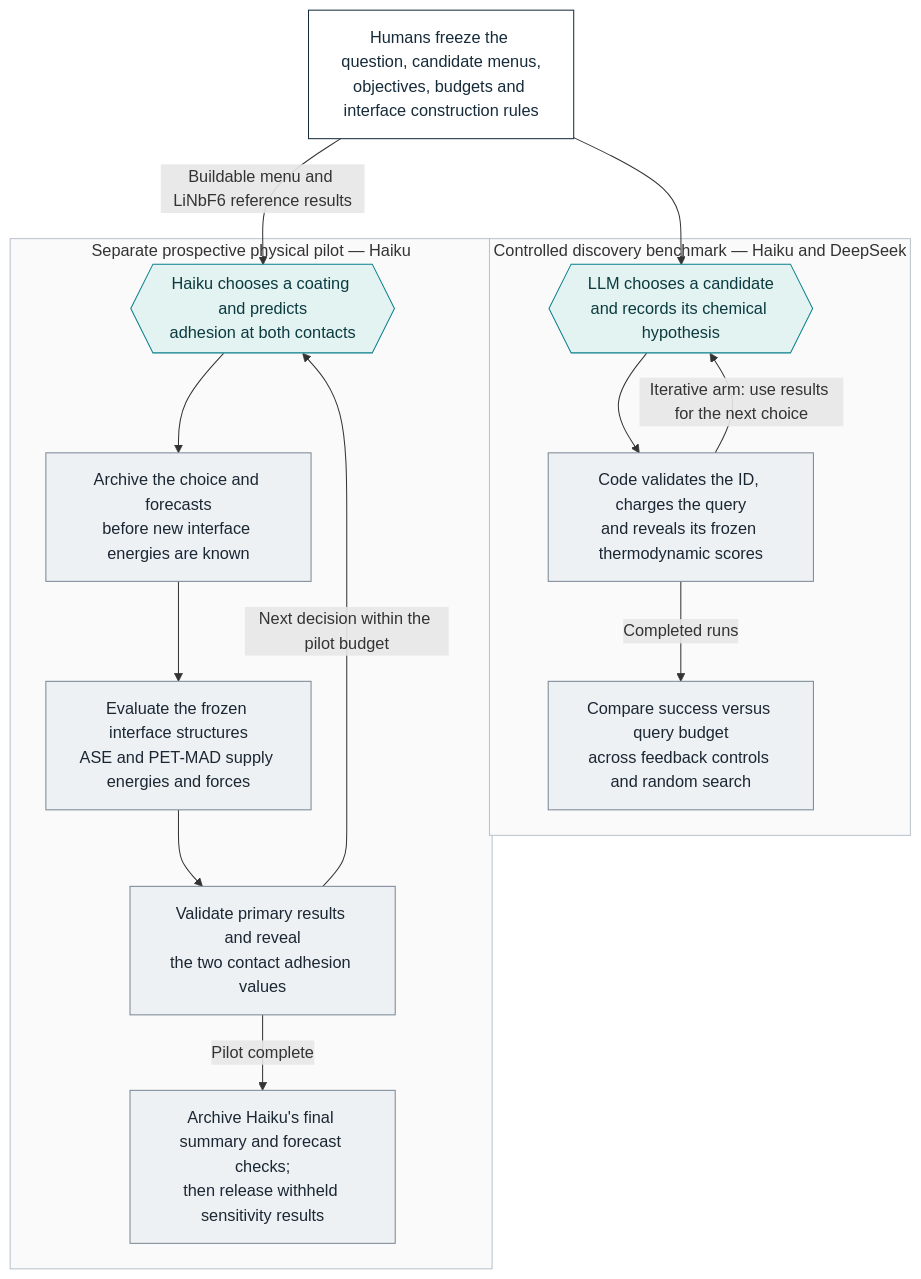
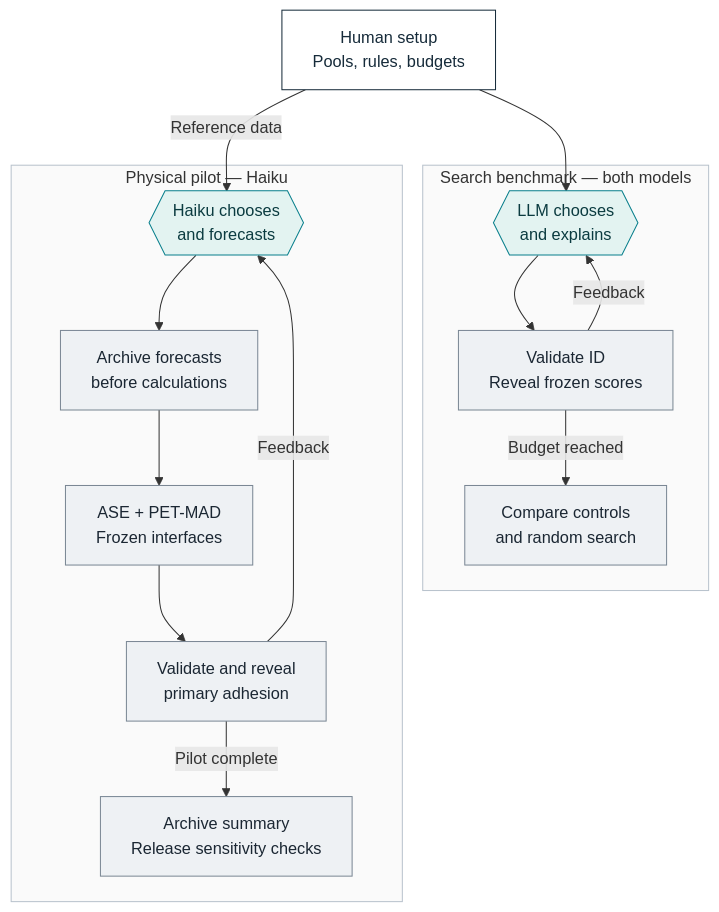
The first of 2 diagrams in README.md (DavideTisi/interphAIse), drawn with Mermaid before and after one commit.

Commit message:
Shorten diagram labels for readable GitHub rendering

````diff
--- a/README.md
+++ b/README.md
@@ -28,36 +28,36 @@
 ```mermaid
 flowchart TB
-    H["Humans freeze the question, candidate menus,<br/>objectives, budgets and interface construction rules"]
+    H["Human setup<br/>Pools, rules, budgets"]
 
-    subgraph B["Controlled discovery benchmark — Haiku and DeepSeek"]
-        L{{"LLM chooses a candidate<br/>and records its chemical hypothesis"}}
-        Q["Code validates the ID, charges the query<br/>and reveals its frozen thermodynamic scores"]
-        A["Compare success versus query budget<br/>across feedback controls and random search"]
+    subgraph B["Search benchmark — both models"]
+        L{{"LLM chooses<br/>and explains"}}
+        Q["Validate ID<br/>Reveal frozen scores"]
+        A["Compare controls<br/>and random search"]
         L --> Q
-        Q -- "Iterative arm: use results for the next choice" --> L
-        Q -- "Completed runs" --> A
+        Q -- "Feedback" --> L
+        Q -- "Budget reached" --> A
     end
 
-    subgraph P["Separate prospective physical pilot — Haiku"]
-        C{{"Haiku chooses a coating and predicts<br/>adhesion at both contacts"}}
-        D["Archive the choice and forecasts<br/>before new interface energies are known"]
-        M["Evaluate the frozen interface structures<br/>ASE and PET-MAD supply energies and forces"]
-        V["Validate primary results and reveal<br/>the two contact adhesion values"]
-        F["Archive Haiku's final summary and forecast checks;<br/>then release withheld sensitivity results"]
+    subgraph P["Physical pilot — Haiku"]
+        C{{"Haiku chooses<br/>and forecasts"}}
+        D["Archive forecasts<br/>before calculations"]
+        M["ASE + PET-MAD<br/>Frozen interfaces"]
+        V["Validate and reveal<br/>primary adhesion"]
+        F["Archive summary<br/>Release sensitivity checks"]
         C --> D --> M --> V
-        V -- "Next decision within the pilot budget" --> C
+        V -- "Feedback" --> C
         V -- "Pilot complete" --> F
     end
 
     H --> L
-    H -- "Buildable menu and LiNbF6 reference results" --> C
+    H -- "Reference data" --> C
 
     classDef llm fill:#e3f3f1,stroke:#087f8c,color:#0b3b40
     classDef tools fill:#eef1f4,stroke:#7a8794,color:#1b2733
     classDef human fill:#ffffff,stroke:#162b3a,color:#162b3a
     class L,C llm
     class Q,A,D,M,V,F tools
     class H human
     style B fill:#fafafa,stroke:#b8c2cc
     style P fill:#fafafa,stroke:#b8c2cc
 ```
````
